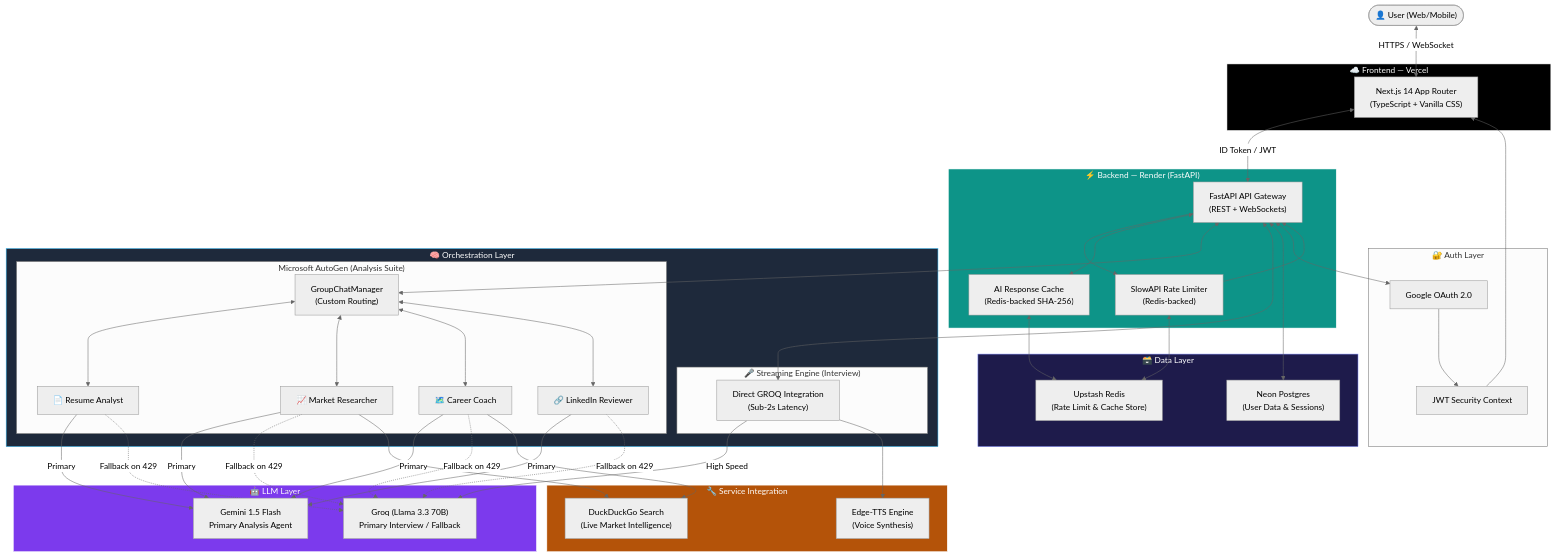
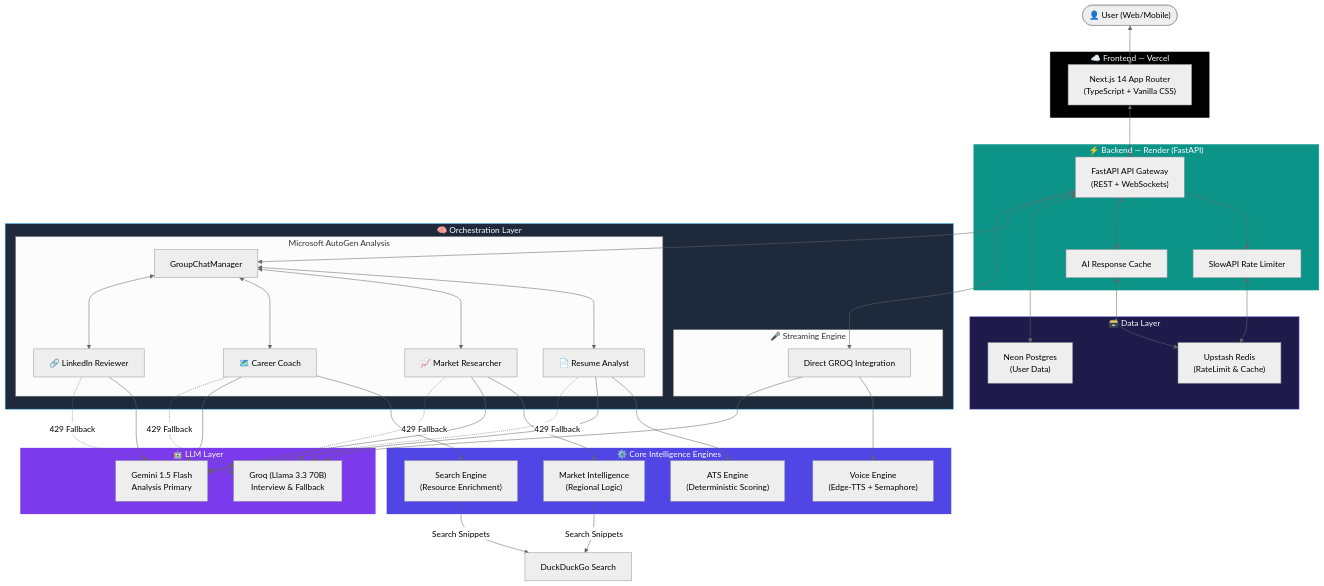
One commit to Anil-Pradhan-web/ai-career-mentor changed the diagram in README.md. Above: the diagram before and after it, drawn with Mermaid (neutral theme). The commit also changed 1 other file, not shown here.

Commit message:
docs: finalize architecture with core intelligence engines and fix SVG rendering

````diff
--- a/README.md
+++ b/README.md
@@ -175,78 +175,73 @@
 ```mermaid
 flowchart TD
     User(["👤 User (Web/Mobile)"])
     
     subgraph Frontend ["☁️ Frontend — Vercel"]
         NextJS["Next.js 14 App Router\n(TypeScript + Vanilla CSS)"]
     end
 
-    subgraph Auth ["🔐 Auth Layer"]
-        GOAuth["Google OAuth 2.0"]
-        JWT["JWT Security Context"]
-    end
-
     subgraph Backend ["⚡ Backend — Render (FastAPI)"]
         API["FastAPI API Gateway\n(REST + WebSockets)"]
-        RateLimit["SlowAPI Rate Limiter\n(Redis-backed)"]
-        Cache["AI Response Cache\n(Redis-backed SHA-256)"]
+        RateLimit["SlowAPI Rate Limiter"]
+        Cache["AI Response Cache"]
     end
 
     subgraph Orchestration ["🧠 Orchestration Layer"]
-        subgraph AutoGen ["Microsoft AutoGen (Analysis Suite)"]
-            Manager["GroupChatManager\n(Custom Routing)"]
+        subgraph AutoGen ["Microsoft AutoGen Analysis"]
+            Manager["GroupChatManager"]
             A1["📄 Resume Analyst"]
             A2["📈 Market Researcher"]
             A3["🗺️ Career Coach"]
             A4["🔗 LinkedIn Reviewer"]
         end
         
-        subgraph Interview ["🎤 Streaming Engine (Interview)"]
-            DirectLLM["Direct GROQ Integration\n(Sub-2s Latency)"]
+        subgraph Interview ["🎤 Streaming Engine"]
+            DirectLLM["Direct GROQ Integration"]
         end
     end
 
+    subgraph Intelligence ["⚙️ Core Intelligence Engines"]
+        ATS["ATS Engine\n(Deterministic Scoring)"]
+        Market["Market Intelligence\n(Regional Logic)"]
+        Search["Search Engine\n(Resource Enrichment)"]
+        Voice["Voice Engine\n(Edge-TTS + Semaphore)"]
+    end
+
     subgraph LLM ["🤖 LLM Layer"]
-        GROQ["Groq (Llama 3.3 70B)\nPrimary Interview / Fallback"]
-        GEMINI["Gemini 1.5 Flash\nPrimary Analysis Agent"]
+        GROQ["Groq (Llama 3.3 70B)\nInterview & Fallback"]
+        GEMINI["Gemini 1.5 Flash\nAnalysis Primary"]
     end
 
     subgraph Data ["🗃️ Data Layer"]
-        Postgres["Neon Postgres\n(User Data & Sessions)"]
-        Redis["Upstash Redis\n(Rate Limit & Cache Store)"]
+        Postgres["Neon Postgres\n(User Data)"]
+        Redis["Upstash Redis\n(RateLimit & Cache)"]
     end
 
-    subgraph Tools ["🔧 Service Integration"]
-        DDG["DuckDuckGo Search\n(Live Market Intelligence)"]
-        TTS["Edge-TTS Engine\n(Voice Synthesis)"]
-    end
-
-    User <-->|"HTTPS / WebSocket"| NextJS
-    NextJS <-->|"ID Token / JWT"| API
-    API --> RateLimit
-    RateLimit --> API
-    API <--> Cache
+    User <--> NextJS
+    NextJS <--> API
+    API --> RateLimit <--> Redis
+    API <--> Cache <--> Redis
+    API <--> Postgres
     
     API <--> Manager
     Manager <--> A1 & A2 & A3 & A4
     API <--> DirectLLM
     
-    A1 & A2 & A3 & A4 -->|"Primary"| GEMINI
-    A1 & A2 & A3 & A4 -.->|"Fallback on 429"| GROQ
-    DirectLLM -->|"High Speed"| GROQ
+    A1 --> ATS
+    A2 --> Market
+    A3 --> Search
+    DirectLLM --> Voice
     
-    A2 & A3 --> DDG
-    DirectLLM --> TTS
+    A1 & A2 & A3 & A4 --> GEMINI
+    A1 & A2 & A3 & A4 -.->|"429 Fallback"| GROQ
+    DirectLLM --> GROQ
     
-    API <--> Postgres
-    RateLimit & Cache <--> Redis
-    API <--> GOAuth
-    GOAuth --> JWT
-    JWT --> NextJS
+    Market & Search -->|"Search Snippets"| DDG["DuckDuckGo Search"]
 
     style Frontend fill:#000,stroke:#fff,color:#fff
     style Backend fill:#0D9488,stroke:#fff,color:#fff
     style Orchestration fill:#1E293B,stroke:#38BDF8,color:#fff
+    style Intelligence fill:#4F46E5,stroke:#fff,color:#fff
     style LLM fill:#7C3AED,stroke:#fff,color:#fff
     style Data fill:#1E1B4B,stroke:#818cf8,color:#fff
-    style Tools fill:#B45309,stroke:#fff,color:#fff
 ```
````
